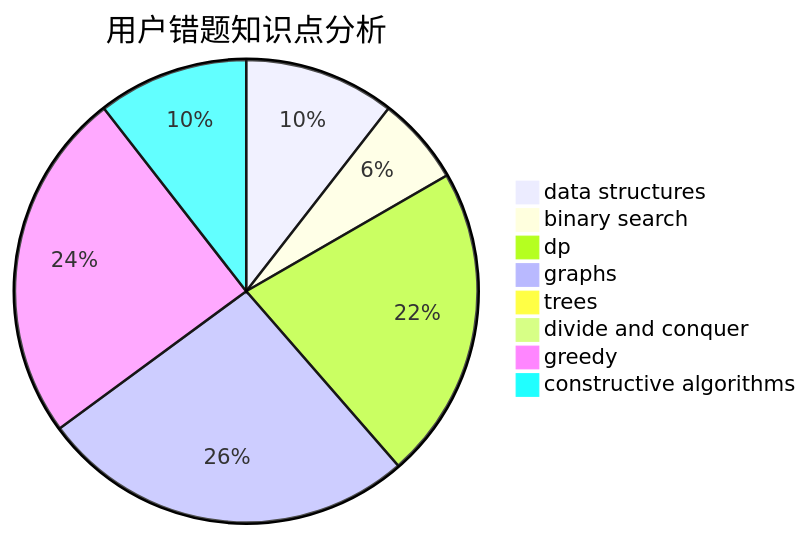
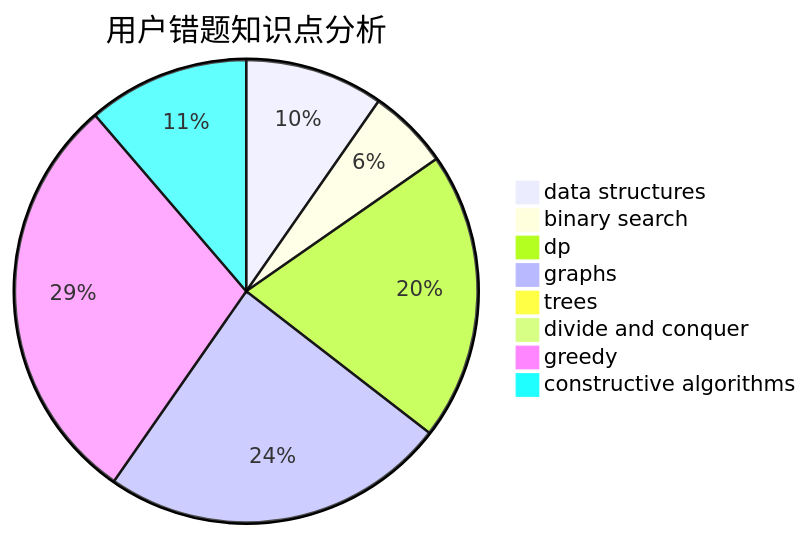
The third of 3 diagrams in docs/user/u2292.md (sherpahu/cfrs.github.io), drawn with Mermaid before and after one commit. The commit also changed other lines of this file and 2770 other files, not shown here.

````diff
--- a/docs/user/u2292.md
+++ b/docs/user/u2292.md
@@ -36,11 +36,11 @@
 ```mermaid
 pie title 用户错题知识点分析
     "data structures" :  12
     "binary search" :  7
     "dp" :  25
     "graphs" :  30
     "trees" :  1
     "divide and conquer" :  0
-    "greedy" :  28
-    "constructive algorithms" :  12
+    "greedy" :  36
+    "constructive algorithms" :  14
 ```
````
